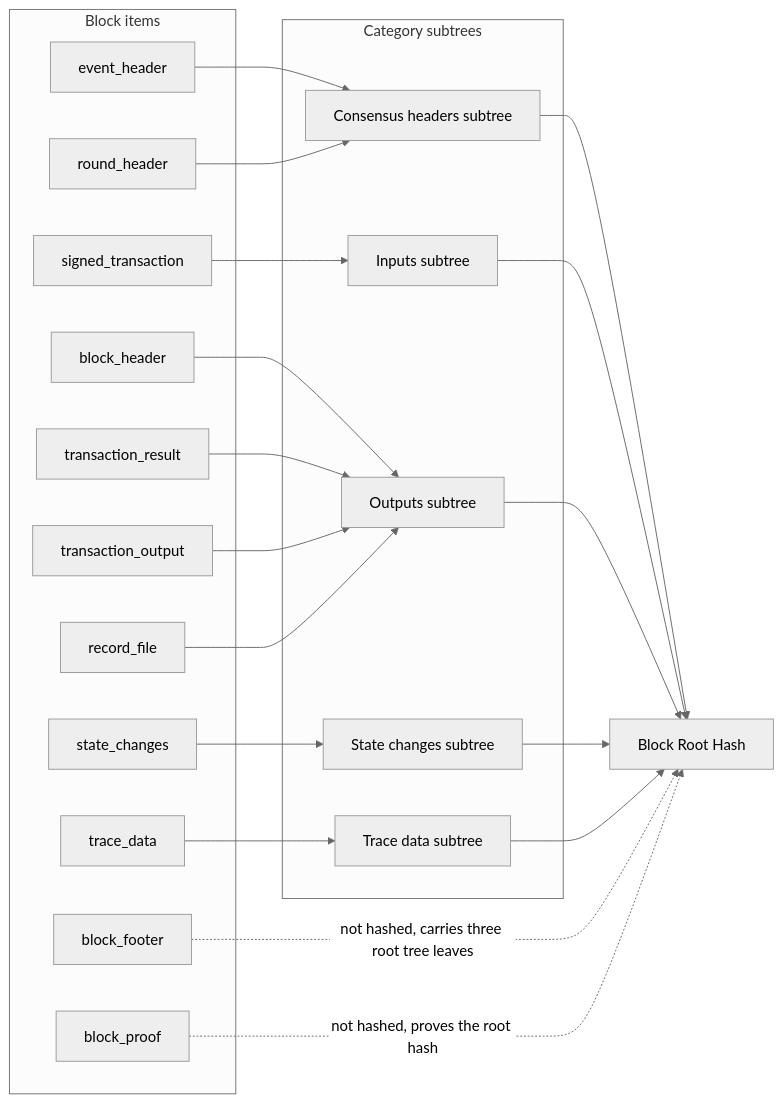
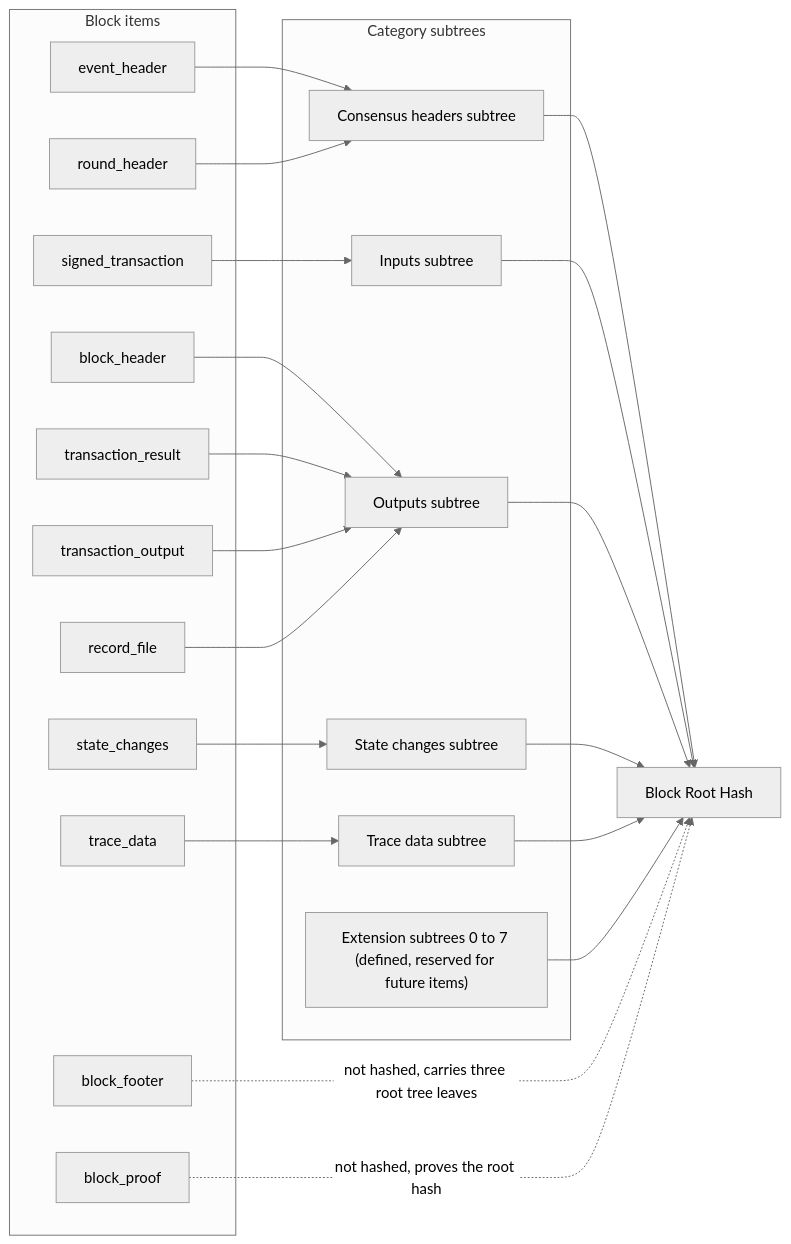
The first of 3 diagrams in docs/design/block-stream-forward-compatibility.md (hiero-ledger/hiero-block-node), drawn with Mermaid (neutral theme) before and after one commit. The commit also changed other lines of this file, not shown here.

````diff
--- a/docs/design/block-stream-forward-compatibility.md
+++ b/docs/design/block-stream-forward-compatibility.md
@@ -289,39 +302,41 @@
 ```mermaid
 flowchart LR
     subgraph Items["Block items"]
         EH[event_header]
         RH[round_header]
         ST[signed_transaction]
         BH[block_header]
         TR[transaction_result]
         TO[transaction_output]
         RF[record_file]
         SC[state_changes]
         TDATA[trace_data]
         BF[block_footer]
         BP[block_proof]
     end
     subgraph Subtrees["Category subtrees"]
         CHT[Consensus headers subtree]
         INT[Inputs subtree]
         OUTT[Outputs subtree]
         SCT[State changes subtree]
         TDT[Trace data subtree]
+        EXT["Extension subtrees 0 to 7 (defined, reserved for future items)"]
     end
     EH --> CHT
     RH --> CHT
     ST --> INT
     BH --> OUTT
     TR --> OUTT
     TO --> OUTT
     RF --> OUTT
     SC --> SCT
     TDATA --> TDT
     CHT --> R[Block Root Hash]
     INT --> R
     OUTT --> R
     SCT --> R
     TDT --> R
+    EXT --> R
     BF -. "not hashed, carries three root tree leaves" .-> R
     BP -. "not hashed, proves the root hash" .-> R
 ```
````
